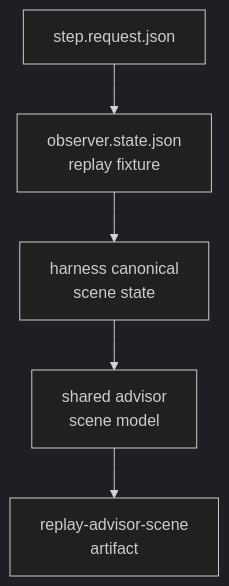
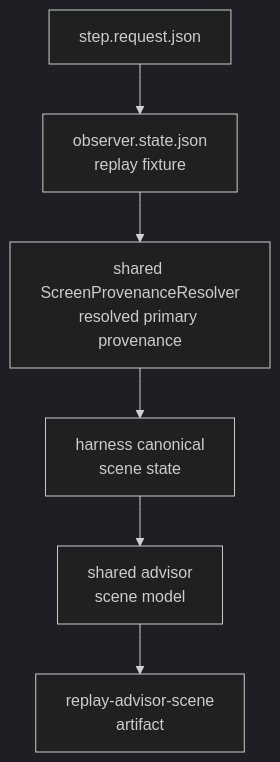
Before and after one commit to jidon333/STS2_Mod_AI_Companion: the second of 4 diagrams in docs/current/readers/HARNESS_TO_M9_STRUCTURE_READER_KO.md, drawn with Mermaid (dark theme). The commit also changed other lines of this file and 23 other files, not shown here.

Commit message:
Unify host and harness screen provenance resolution

````diff
--- a/docs/current/readers/HARNESS_TO_M9_STRUCTURE_READER_KO.md
+++ b/docs/current/readers/HARNESS_TO_M9_STRUCTURE_READER_KO.md
@@ -188,7 +191,8 @@
 ```mermaid
 flowchart TB
     Req["step.request.json"] --> Obs["observer.state.json<br/>replay fixture"]
-    Obs --> HarnessState["harness canonical<br/>scene state"]
+    Obs --> Provenance["shared ScreenProvenanceResolver<br/>resolved primary provenance"]
+    Provenance --> HarnessState["harness canonical<br/>scene state"]
     HarnessState --> Shared["shared advisor<br/>scene model"]
     Shared --> ReplayArtifact["replay-advisor-scene<br/>artifact"]
 ```
````
